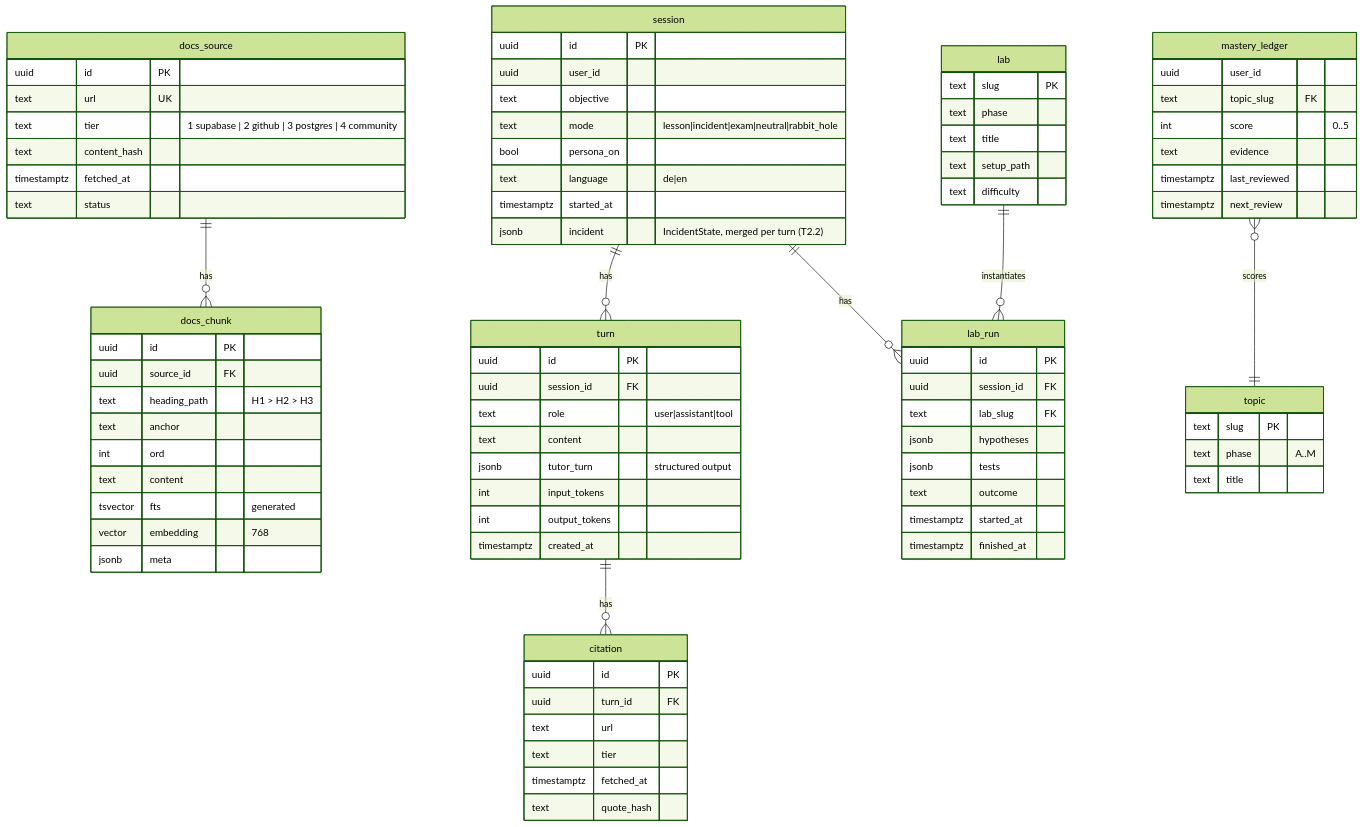
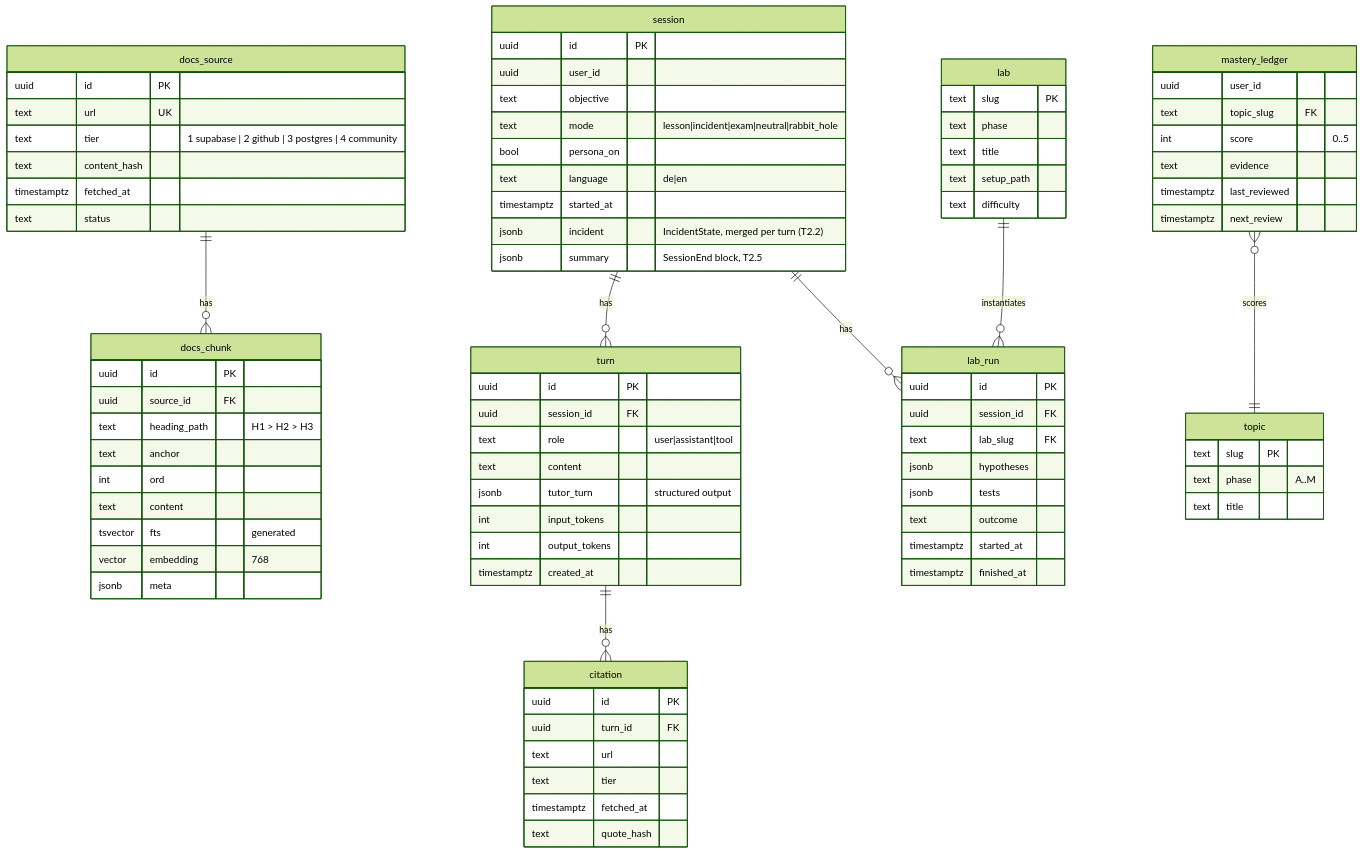
One commit to esterkane/kanguroo-supabase-tutor changed the diagram in docs/DATA_MODEL.md. Above: the diagram before and after it, drawn with Mermaid (forest theme). The commit also changed 27 other files, not shown here.

First line of the commit message:
T2.5 spaced review with FSRS and the session-end block

```diff
--- a/docs/DATA_MODEL.md
+++ b/docs/DATA_MODEL.md
@@ -53,6 +53,7 @@
     text language "de|en"
     timestamptz started_at
     jsonb incident "IncidentState, merged per turn (T2.2)"
+    jsonb summary "SessionEnd block, T2.5"
   }
   turn {
     uuid id PK
```
